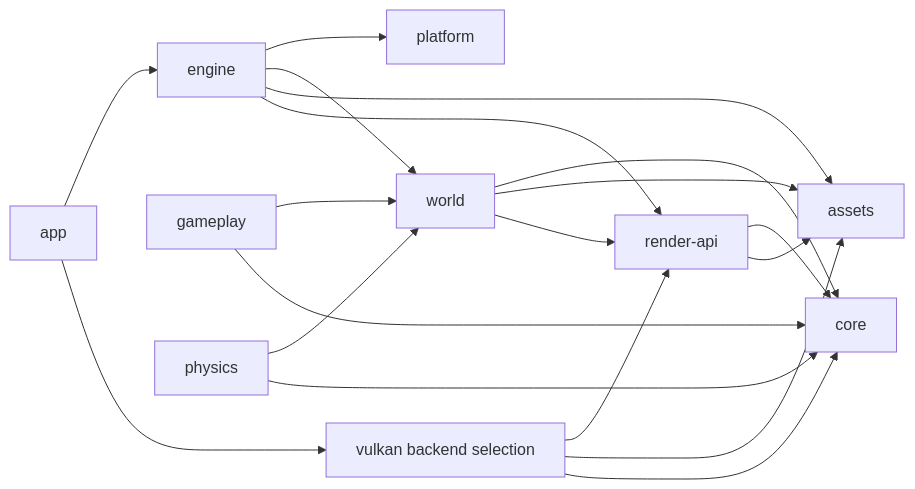
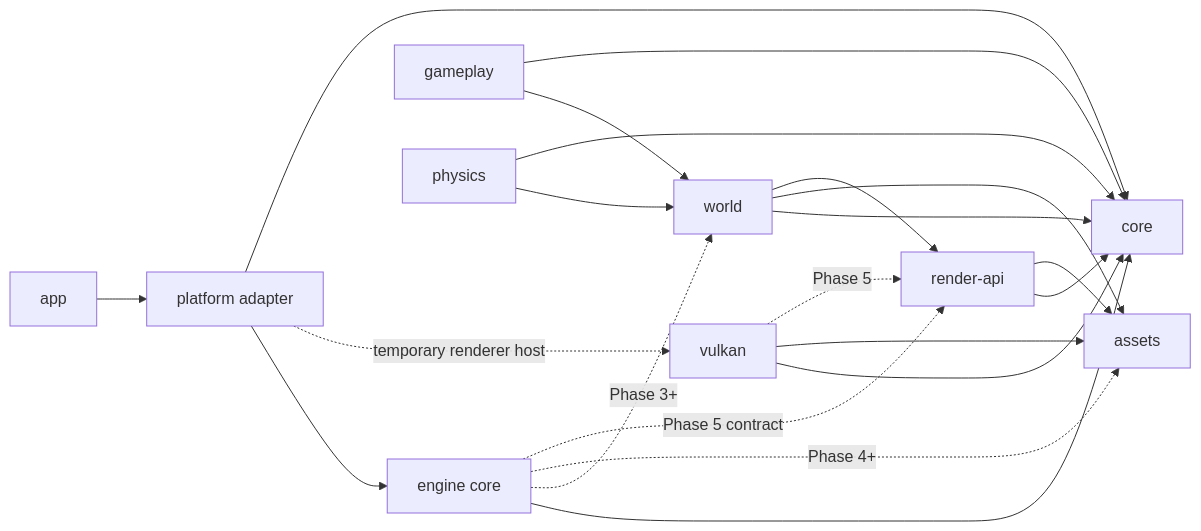
Before and after one commit to LarpingAgent/Project3.6k: the second of 5 diagrams in docs/architecture/master-architecture.md, drawn with Mermaid. The commit also changed other lines of this file and 1 other file, not shown here.

Commit message:
docs(architecture): review phase 2 boundary

````diff
--- a/docs/architecture/master-architecture.md
+++ b/docs/architecture/master-architecture.md
@@ -96,21 +99,23 @@
 ```mermaid
 flowchart LR
-  App[app] --> Engine[engine]
-  App --> Vulkan[vulkan backend selection]
-  Engine --> Platform[platform]
-  Engine --> World[world]
-  Engine --> Assets[assets]
-  Engine --> RenderAPI[render-api]
-  World --> Core[core]
+  App[app] --> Platform[platform adapter]
+  Platform --> Engine[engine core]
+  Platform -. temporary renderer host .-> Vulkan[vulkan]
+  Engine --> Core[core]
+  Platform --> Core
+  Vulkan --> Core
+  Vulkan --> Assets[assets]
+  Engine -. Phase 3+ .-> World[world]
+  Engine -. Phase 4+ .-> Assets
+  Engine -. Phase 5 contract .-> RenderAPI[render-api]
+  Vulkan -. Phase 5 .-> RenderAPI
+  RenderAPI --> Core
+  RenderAPI --> Assets
+  World --> Core
   World --> Assets
   World --> RenderAPI
-  RenderAPI --> Core
-  RenderAPI --> Assets
-  Vulkan --> RenderAPI
-  Vulkan --> Assets
-  Vulkan --> Core
   Gameplay[gameplay] --> World
   Gameplay --> Core
   Physics[physics] --> World
   Physics --> Core
 ```
````
